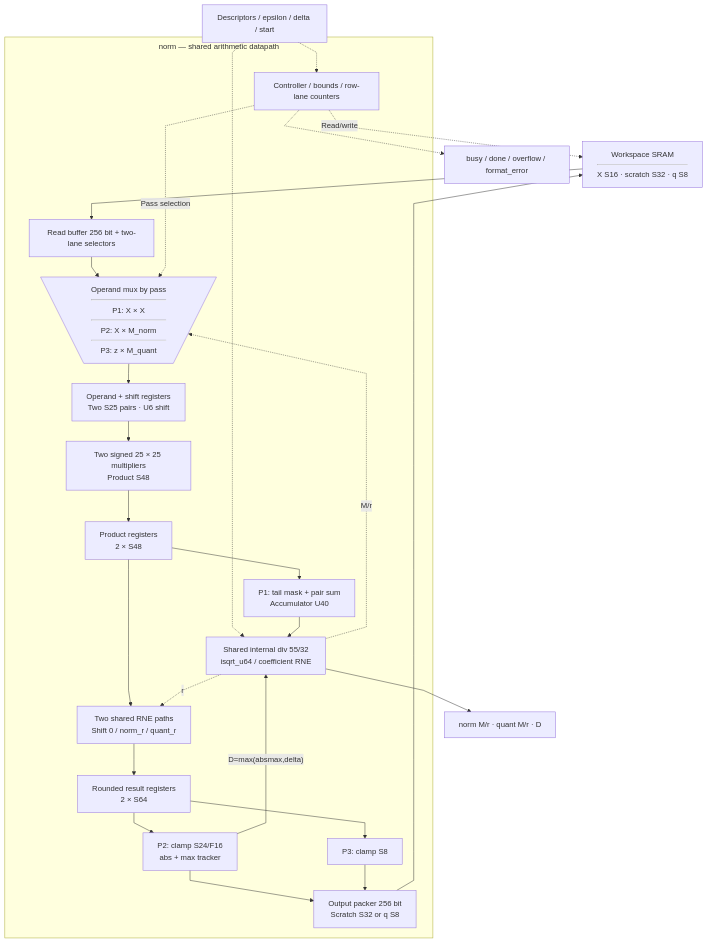
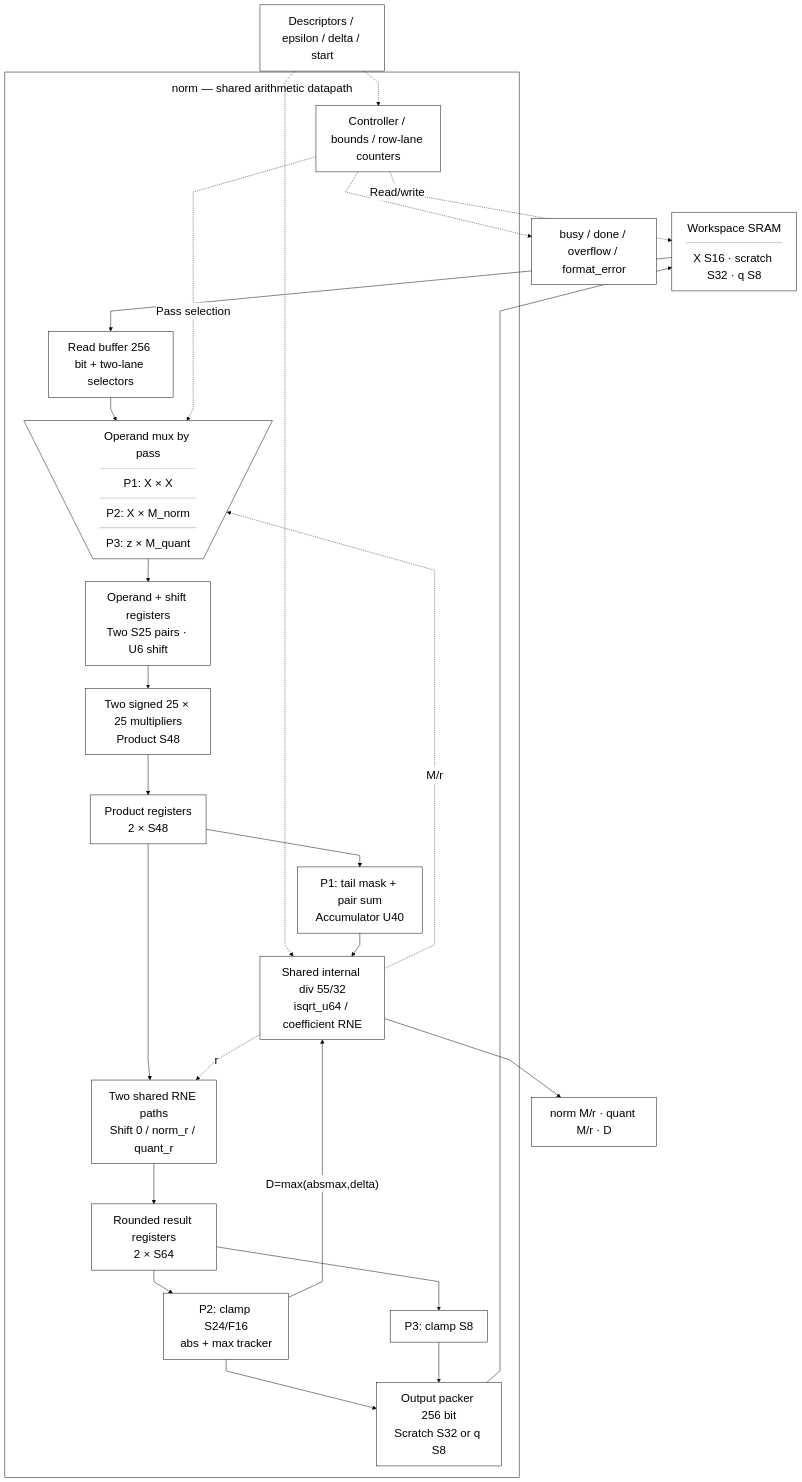
The first of 4 diagrams in docs/source_guide/blocks/norm.sv.md (nguyennhutkhanhtom/NPU), drawn with Mermaid before and after one commit. The commit also changed other lines of this file and 102 other files, not shown here.

First line of the commit message:
docs: refresh guides and source-grounded RTL diagrams

````diff
--- a/docs/source_guide/blocks/norm.sv.md
+++ b/docs/source_guide/blocks/norm.sv.md
@@ -19,44 +13,46 @@
 ```mermaid
+%%{init: {"theme":"base","fontFamily":"Arial, sans-serif","themeVariables":{"fontSize":"24px","primaryColor":"#ffffff","primaryTextColor":"#000000","primaryBorderColor":"#000000","secondaryColor":"#ffffff","tertiaryColor":"#ffffff","lineColor":"#000000","textColor":"#000000","mainBkg":"#ffffff","nodeBorder":"#000000","clusterBkg":"#ffffff","clusterBorder":"#000000","edgeLabelBackground":"#ffffff"},"flowchart":{"htmlLabels":true,"useMaxWidth":false,"nodeSpacing":32,"rankSpacing":48,"curve":"linear","subGraphTitleMargin":{"top":16,"bottom":30}}}}%%
 flowchart TB
-%%{init: {"flowchart": {"subGraphTitleMargin": {"top": 8, "bottom": 45}, "nodeSpacing": 28, "rankSpacing": 42, "curve": "linear"}}}%%
-    WS@{ shape: rect, label: "Workspace SRAM<hr/>X S16 · scratch S32 · q S8" }
+WS@{ shape: rect, label: "Workspace SRAM<hr/>X S16 · scratch S32 · q S8" }
     CFG["Descriptors / epsilon / delta / start"]
     subgraph CORE["norm — shared arithmetic datapath"]
         CTRL["Controller / bounds / row-lane counters"]
         READ["Read buffer 256 bit + two-lane selectors"]
         OPS@{ shape: trap-t, label: "Operand mux by pass<hr/>P1: X × X<hr/>P2: X × M_norm<hr/>P3: z × M_quant" }
         OREG["Operand + shift registers<br/>Two S25 pairs · U6 shift"]
         MUL["Two signed 25 × 25 multipliers<br/>Product S48"]
         PREG["Product registers<br/>2 × S48"]
         RNE["Two shared RNE paths<br/>Shift 0 / norm_r / quant_r"]
         RREG["Rounded result registers<br/>2 × S64"]
         SUM["P1: tail mask + pair sum<br/>Accumulator U40"]
         COEF["Shared internal div 55/32<br/>isqrt_u64 / coefficient RNE"]
         Z["P2: clamp S24/F16<br/>abs + max tracker"]
         Q["P3: clamp S8"]
         PACK["Output packer 256 bit<br/>Scratch S32 or q S8"]
     end
     CFG -.-> CTRL
     CFG -.-> COEF
     CTRL -.->|"Read/write"| WS
     WS --> READ
     READ --> OPS
     CTRL -.->|"Pass selection"| OPS
     COEF -.->|"M/r"| OPS
     OPS --> OREG
     OREG --> MUL
     MUL --> PREG
     PREG --> SUM
     PREG --> RNE
     COEF -.->|"r"| RNE
     SUM --> COEF
     RNE --> RREG
     RREG --> Z
     RREG --> Q
     Z -->|"D=max(absmax,delta)"| COEF
     Z --> PACK
     Q --> PACK
     PACK --> WS
     COEF --> META["norm M/r · quant M/r · D"]
     CTRL -.-> STATUS["busy / done / overflow / format_error"]
+    classDef default fill:white,stroke:black,color:black,font-size:24px;
+    linkStyle default stroke:black,color:black;
 ```
````
